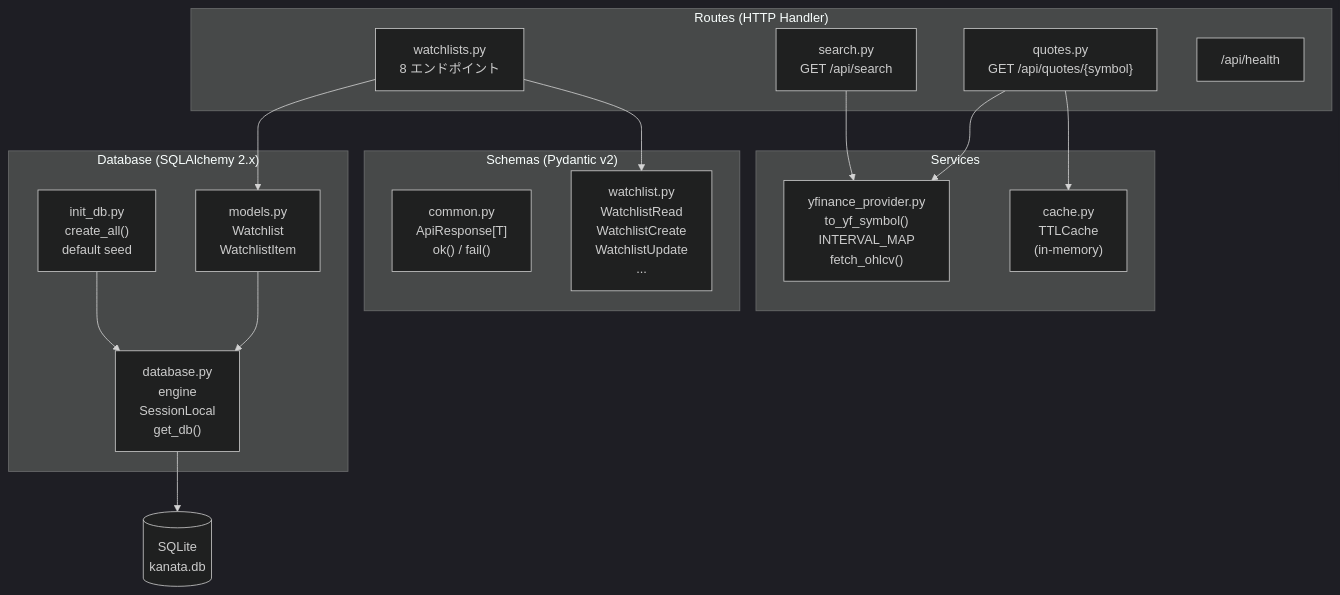
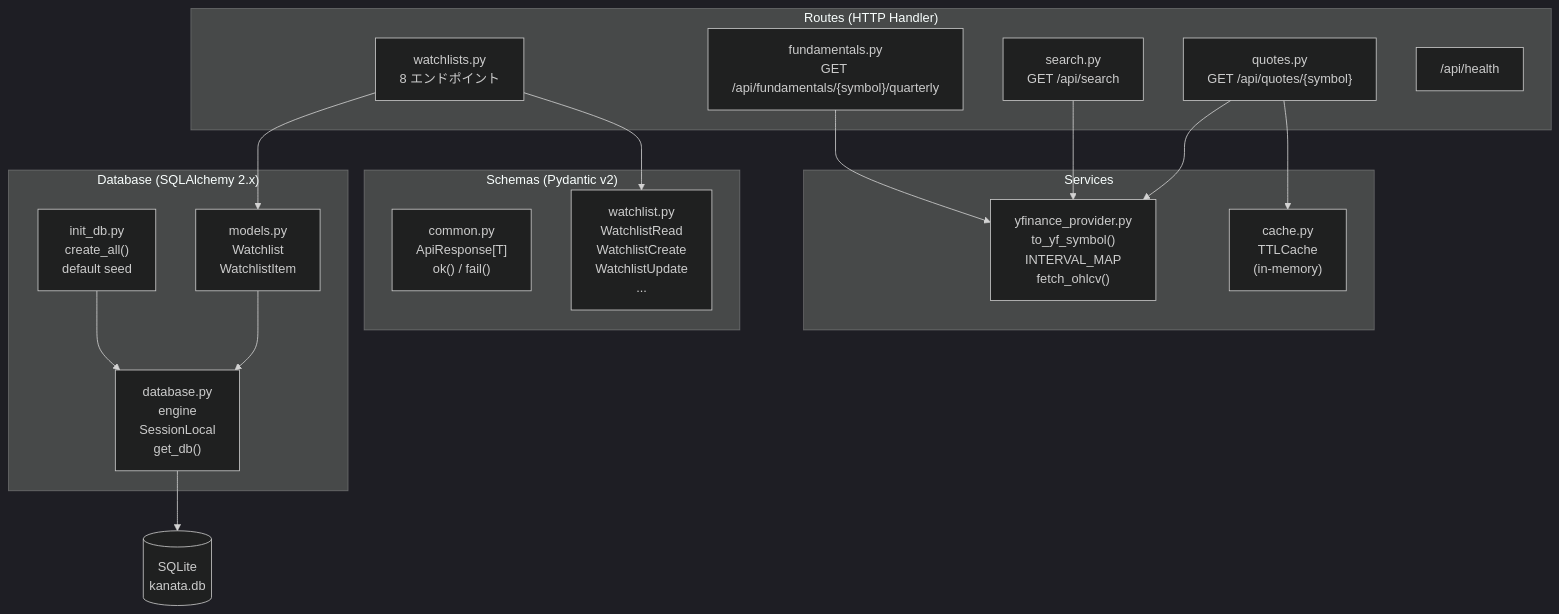
Before and after one commit to junkmaker/KANATA: the fifth of 7 diagrams in docs/architecture.md, drawn with Mermaid (dark theme). The commit also changed other lines of this file, not shown here.

Commit message:
docs: architecture.md 最新化

````diff
--- a/docs/architecture.md
+++ b/docs/architecture.md
@@ -144,34 +146,36 @@
 ```mermaid
 graph TB
     subgraph ROUTES["Routes (HTTP Handler)"]
         QR["quotes.py\nGET /api/quotes/{symbol}"]
         SR["search.py\nGET /api/search"]
         WR["watchlists.py\n8 エンドポイント"]
+        FR["fundamentals.py\nGET /api/fundamentals/{symbol}/quarterly"]
         HR["/api/health"]
     end
 
     subgraph SERVICES["Services"]
         YFP["yfinance_provider.py\nto_yf_symbol()\nINTERVAL_MAP\nfetch_ohlcv()"]
         CACHE["cache.py\nTTLCache\n(in-memory)"]
     end
 
     subgraph SCHEMAS["Schemas (Pydantic v2)"]
         COMMON["common.py\nApiResponse[T]\nok() / fail()"]
         WSCH["watchlist.py\nWatchlistRead\nWatchlistCreate\nWatchlistUpdate\n..."]
     end
 
     subgraph DB["Database (SQLAlchemy 2.x)"]
         DBMOD["models.py\nWatchlist\nWatchlistItem"]
         DBINIT["init_db.py\ncreate_all()\ndefault seed"]
         DBCONN["database.py\nengine\nSessionLocal\nget_db()"]
     end
 
     QR --> YFP
     QR --> CACHE
     SR --> YFP
+    FR --> YFP
     WR --> WSCH
     WR --> DBMOD
     DBMOD --> DBCONN
     DBCONN --> SQLITE[(SQLite\nkanata.db)]
     DBINIT --> DBCONN
 ```
````
